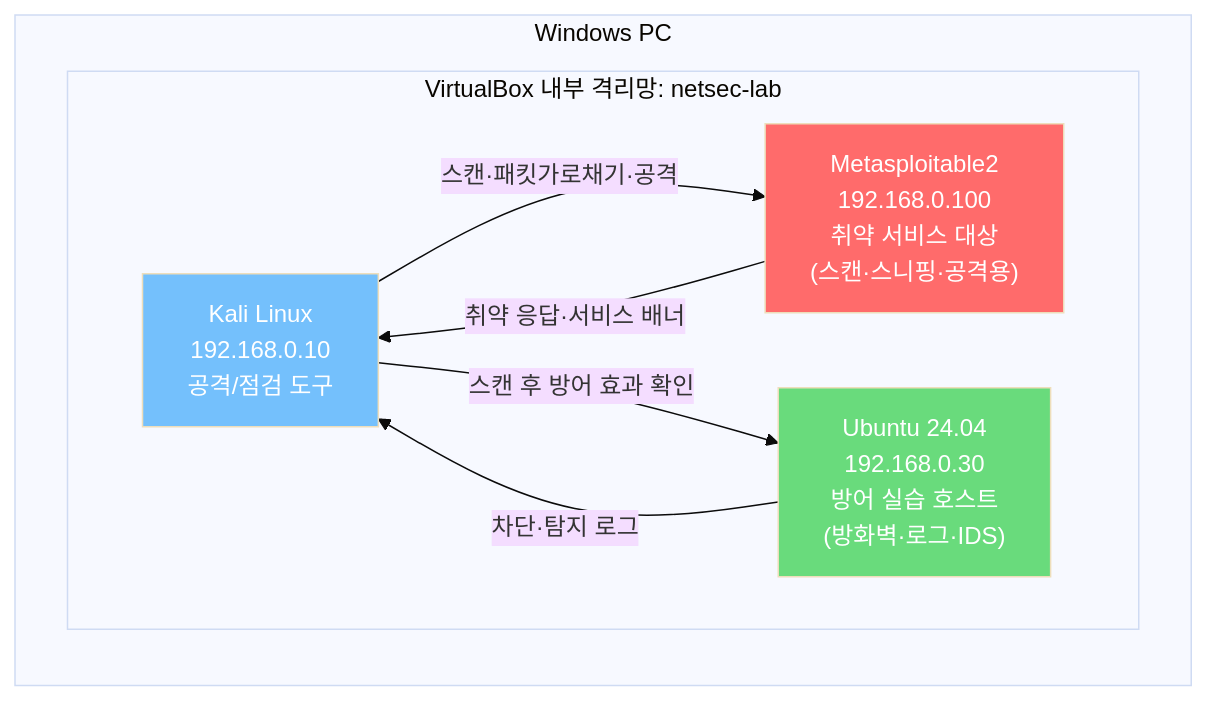
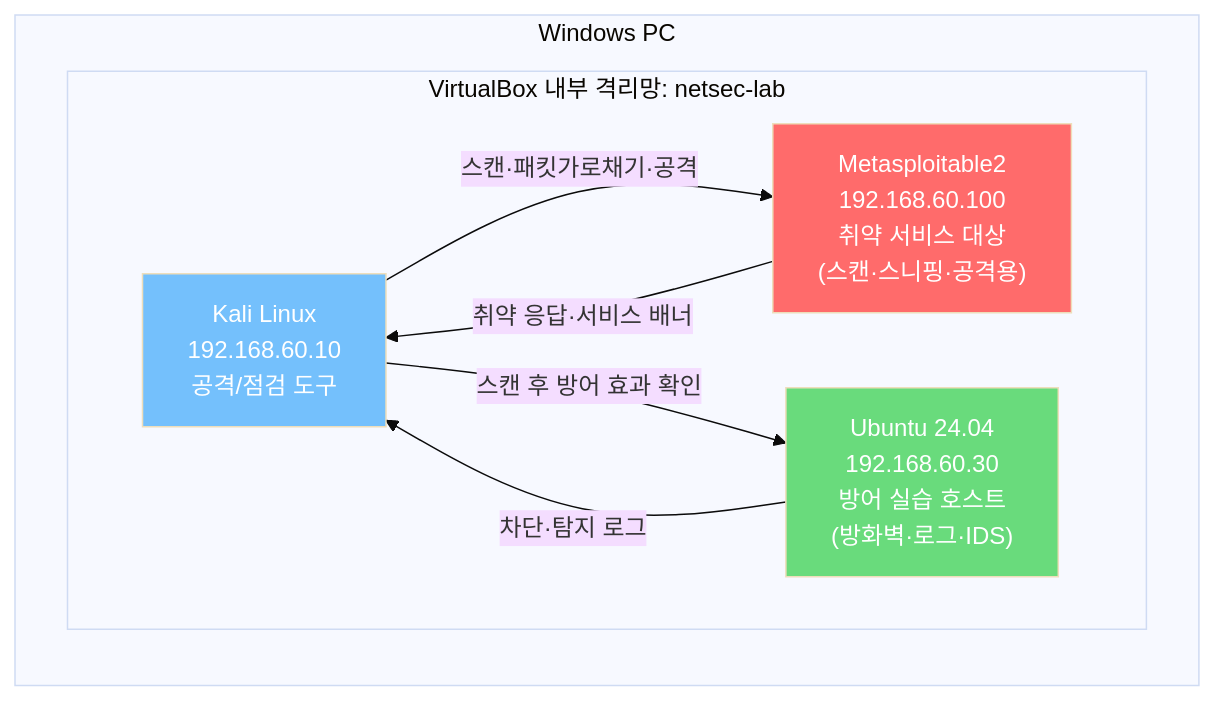
One commit to sbaek100/sbaek100.github.io changed the diagram in _posts/1.응용강의/NetworkSecurity/2026-06-10-networkset-01-lab-setup.md. Above: the diagram before and after it, drawn with Mermaid (base theme). The commit also changed other lines of this file and 518 other files, not shown here.

````diff
--- a/_posts/1.응용강의/NetworkSecurity/2026-06-10-networkset-01-lab-setup.md
+++ b/_posts/1.응용강의/NetworkSecurity/2026-06-10-networkset-01-lab-setup.md
@@ -44,17 +44,17 @@
 ```mermaid
 flowchart LR
     subgraph HOST["Windows PC"]
         subgraph LAB["VirtualBox 내부 격리망: netsec-lab"]
-            K["Kali Linux<br/>192.168.0.10<br/>공격/점검 도구"]
-            M["Metasploitable2<br/>192.168.0.100<br/>취약 서비스 대상<br/>(스캔·스니핑·공격용)"]
-            U["Ubuntu 24.04<br/>192.168.0.30<br/>방어 실습 호스트<br/>(방화벽·로그·IDS)"]
+            K["Kali Linux<br/>192.168.60.10<br/>공격/점검 도구"]
+            M["Metasploitable2<br/>192.168.60.100<br/>취약 서비스 대상<br/>(스캔·스니핑·공격용)"]
+            U["Ubuntu 24.04<br/>192.168.60.30<br/>방어 실습 호스트<br/>(방화벽·로그·IDS)"]
         end
     end
     K -- "스캔·패킷가로채기·공격" --> M
     K -- "스캔 후 방어 효과 확인" --> U
     M -- "취약 응답·서비스 배너" --> K
     U -- "차단·탐지 로그" --> K
     style K fill:#74c0fc,color:#fff
     style M fill:#ff6b6b,color:#fff
     style U fill:#69db7c,color:#fff
 ```
````
